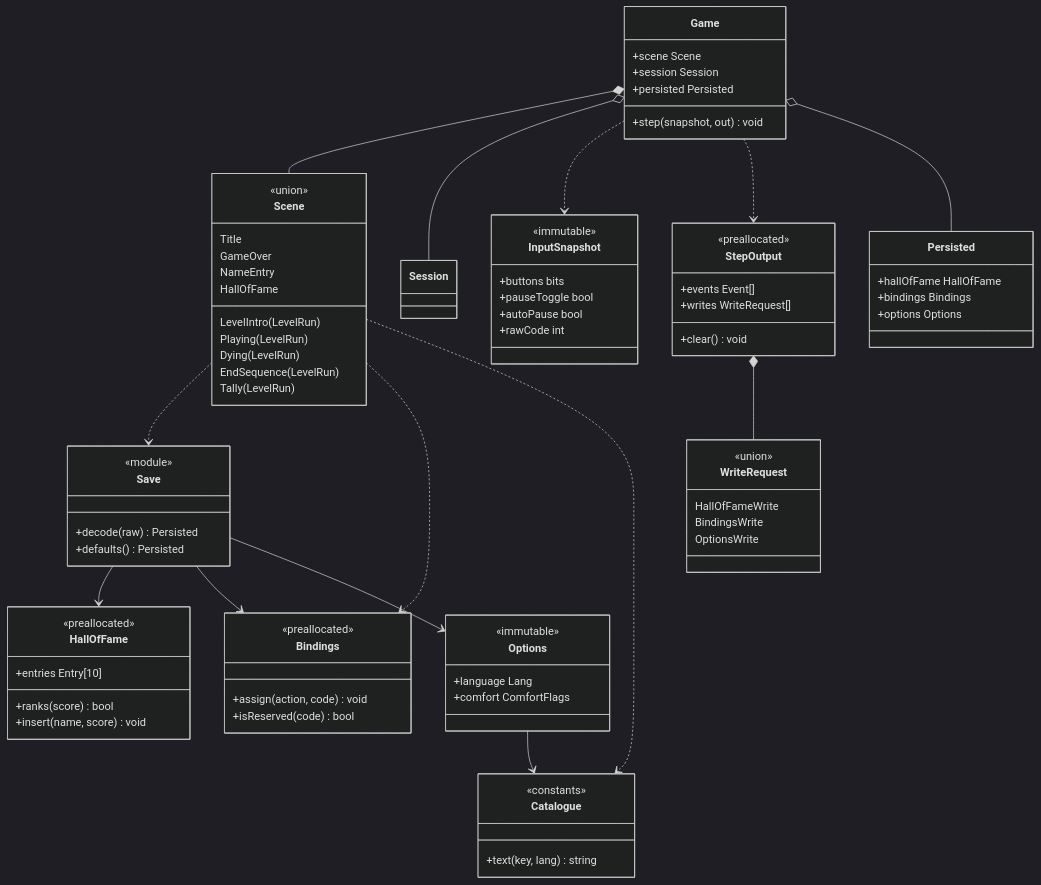
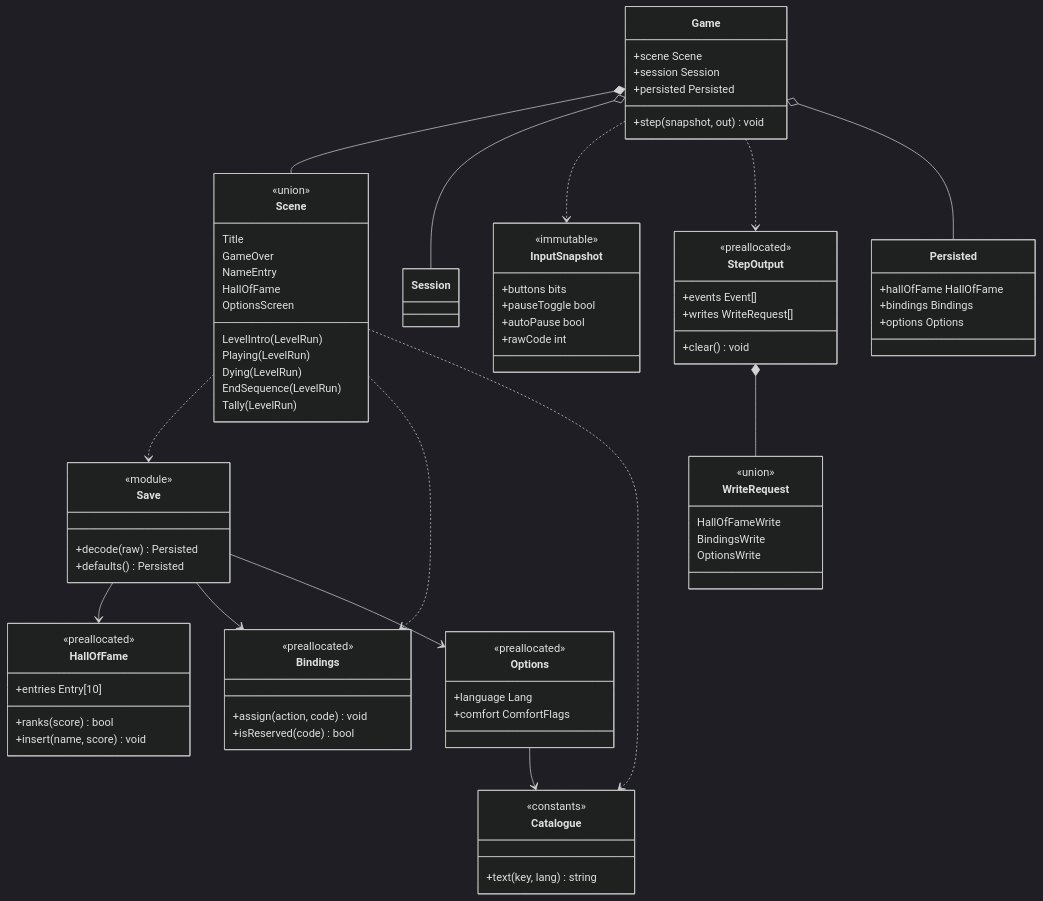
Before and after one commit to benoit-bremaud/retro-plumber: the diagram in docs/architecture/diagrams/meta/15-class-meta.md, drawn with Mermaid (dark theme). The commit also changed other lines of this file, not shown here.

Commit message:
docs(uml): OptionsScreen scene variant, mutable Options record (#8)

```diff
--- a/docs/architecture/diagrams/meta/15-class-meta.md
+++ b/docs/architecture/diagrams/meta/15-class-meta.md
@@ -30,6 +30,7 @@
         GameOver
         NameEntry
         HallOfFame
+        OptionsScreen
     }
     class InputSnapshot {
         <<immutable>>
@@ -72,7 +73,7 @@
         +isReserved(code) bool
     }
     class Options {
-        <<immutable>>
+        <<preallocated>>
         +language Lang
         +comfort ComfortFlags
     }
```
